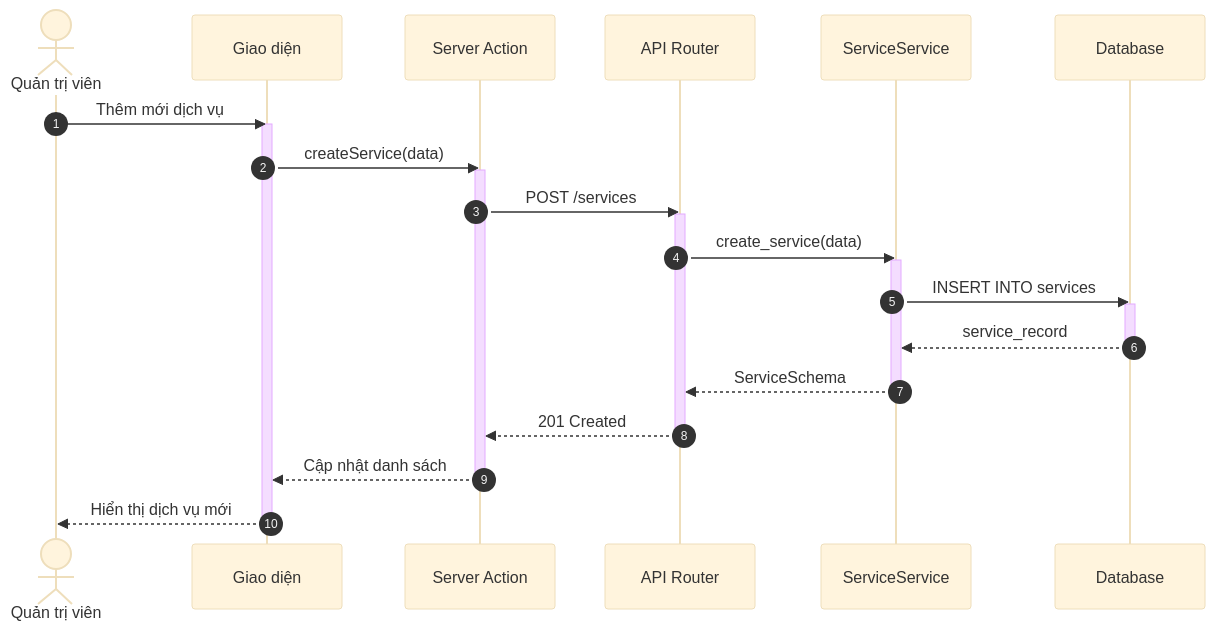
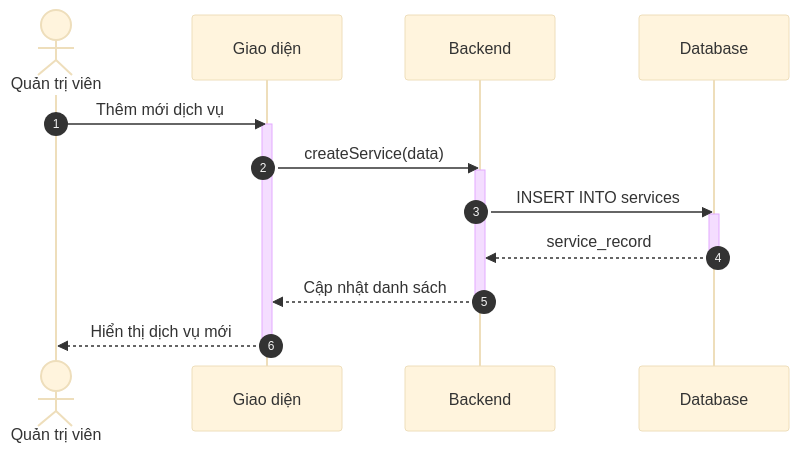
One commit to ngoctinn/Synapse changed the first of 12 diagrams in docs/design/sequences/admin_flows.md. Above: the diagram before and after it, drawn with Mermaid (base theme). The commit also changed other lines of this file and 7 other files, not shown here.

Commit message:
docs: Add initial design documentation for authentication, user flows, and algorithm specification.

````diff
--- a/docs/design/sequences/admin_flows.md
+++ b/docs/design/sequences/admin_flows.md
@@ -28,38 +28,24 @@
 ```mermaid
 sequenceDiagram
     autonumber
     actor QTV as Quản trị viên
     participant UI as Giao diện
-    participant BFF as Server Action
-    participant API as API Router
-    participant S as ServiceService
+    participant BE as Backend
     participant DB as Database
 
     QTV->>UI: Thêm mới dịch vụ
     activate UI
-    UI->>BFF: createService(data)
-    activate BFF
+    UI->>BE: createService(data)
+    activate BE
 
-    BFF->>API: POST /services
-    activate API
-
-    API->>S: create_service(data)
-    activate S
-
-    S->>DB: INSERT INTO services
+    BE->>DB: INSERT INTO services
     activate DB
-    DB-->>S: service_record
+    DB-->>BE: service_record
     deactivate DB
 
-    S-->>API: ServiceSchema
-    deactivate S
-
-    API-->>BFF: 201 Created
-    deactivate API
-
-    BFF-->>UI: Cập nhật danh sách
-    deactivate BFF
+    BE-->>UI: Cập nhật danh sách
+    deactivate BE
 
     UI-->>QTV: Hiển thị dịch vụ mới
     deactivate UI
 ```
````
